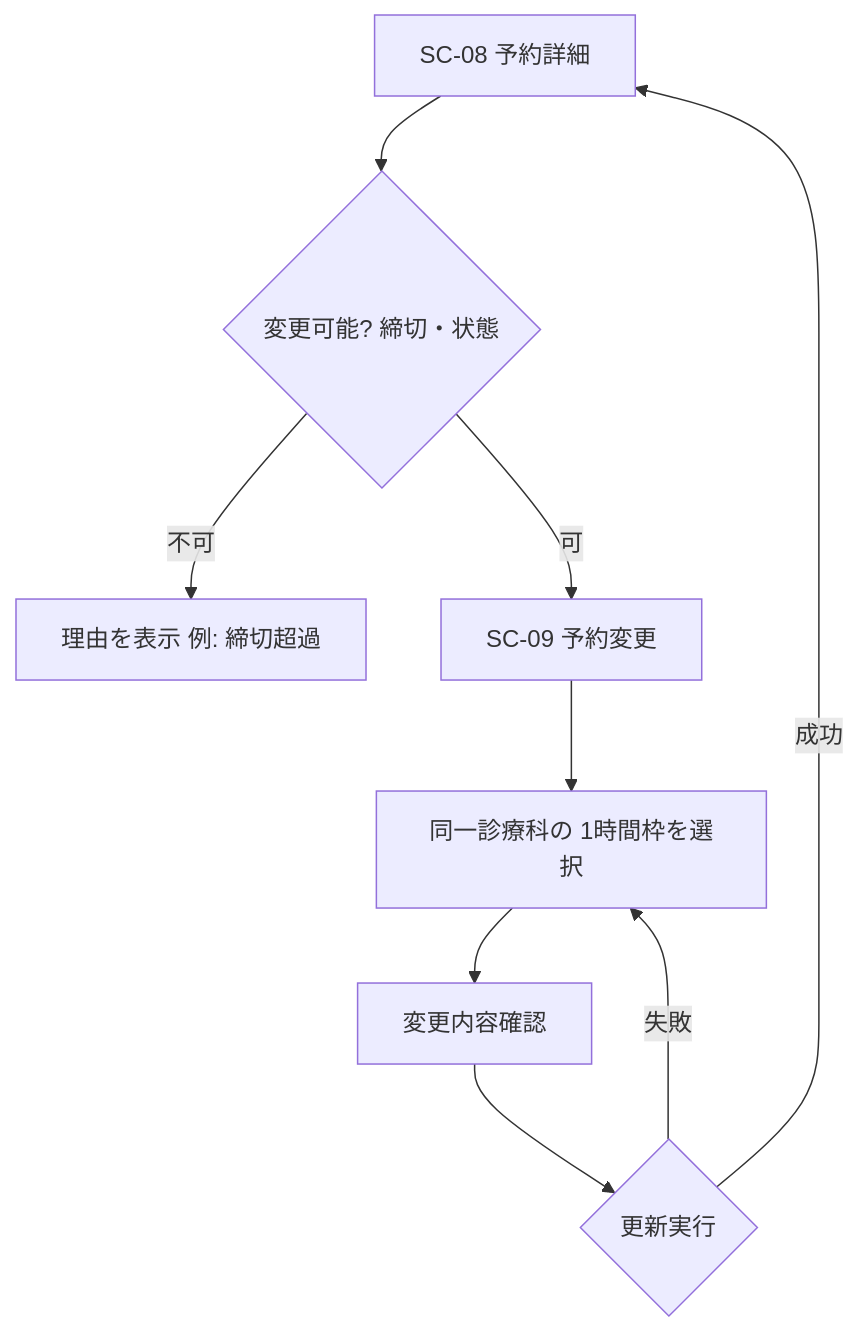
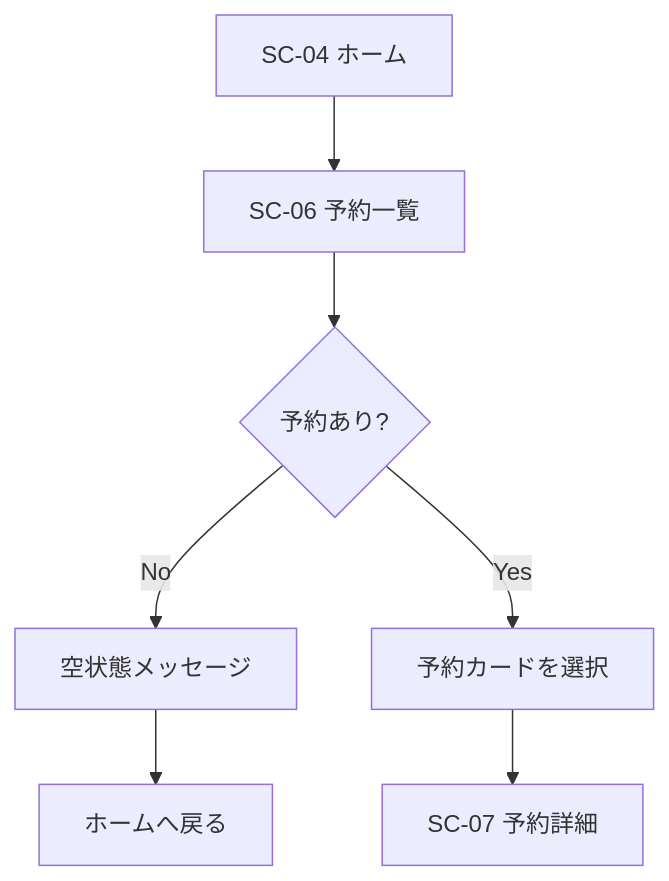
The fifth of 8 diagrams in docs/04_画面フロー図.md (ryoga0/Calendar), drawn with Mermaid before and after one commit. The commit also changed other lines of this file and 50 other files, not shown here.

````diff
--- a/docs/04_画面フロー図.md
+++ b/docs/04_画面フロー図.md
@@ -121,11 +116,9 @@
 ```mermaid
 flowchart TD
-  P[SC-08 予約詳細] --> Q{変更可能? 締切・状態}
-  Q -->|不可| R[理由を表示 例: 締切超過]
-  Q -->|可| S[SC-09 予約変更]
-  S --> U[同一診療科の 1時間枠を選択]
-  U --> V[変更内容確認]
-  V --> W{更新実行}
-  W -->|成功| P
-  W -->|失敗| U
+  A[SC-04 ホーム] --> B[SC-06 予約一覧]
+  B --> C{予約あり?}
+  C -->|No| D[空状態メッセージ]
+  D --> E[ホームへ戻る]
+  C -->|Yes| F[予約カードを選択]
+  F --> G[SC-07 予約詳細]
 ```
````
